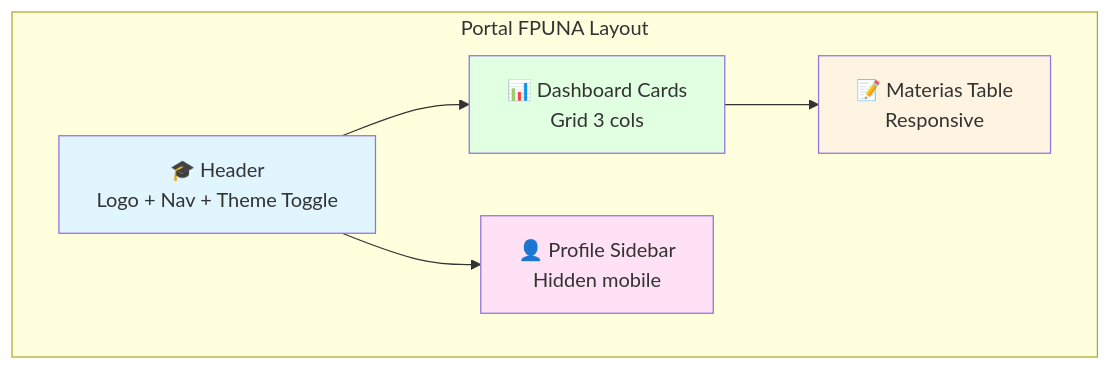
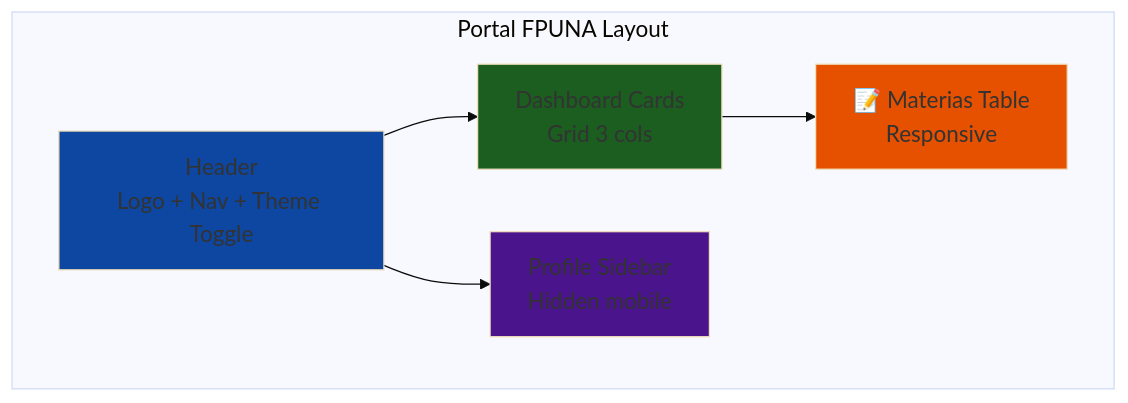
Before and after one commit to Ai-Whisperers/Courses-Content: diagram 11 of 12 in courses/🟡-development/FPUNA-2026/01-DESARROLLO-SOFTWARE/especializaciones/web-development/04-diseno-ui-ux.md, drawn with Mermaid. The commit also changed other lines of this file and 47 other files, not shown here.

First line of the commit message:
fix: Make all 473 diagrams WCAG AAA accessible (FPUNA-2026)

````diff
--- a/courses/🟡-development/FPUNA-2026/01-DESARROLLO-SOFTWARE/especializaciones/web-development/04-diseno-ui-ux.md
+++ b/courses/🟡-development/FPUNA-2026/01-DESARROLLO-SOFTWARE/especializaciones/web-development/04-diseno-ui-ux.md
@@ -1268,18 +1278,19 @@
 ```mermaid
+%%{init: {'theme':'base', 'themeVariables': {'fontSize':'18px'}}}%%
 graph TD
     subgraph "Portal FPUNA Layout"
-        A[🎓 Header<br/>Logo + Nav + Theme Toggle]
-        B[📊 Dashboard Cards<br/>Grid 3 cols]
+        A[Header<br/>Logo + Nav + Theme Toggle]
+        B[Dashboard Cards<br/>Grid 3 cols]
         C[📝 Materias Table<br/>Responsive]
-        D[👤 Profile Sidebar<br/>Hidden mobile]
+        D[Profile Sidebar<br/>Hidden mobile]
         
         A --> B
         B --> C
         A --> D
     end
     
-    style A fill:#E1F5FF
-    style B fill:#E1FFE1
-    style C fill:#FFF4E1
-    style D fill:#FFE1F5
+    style A fill:#0d47a1
+    style B fill:#1b5e20
+    style C fill:#e65100
+    style D fill:#4a148c
 ```
````
